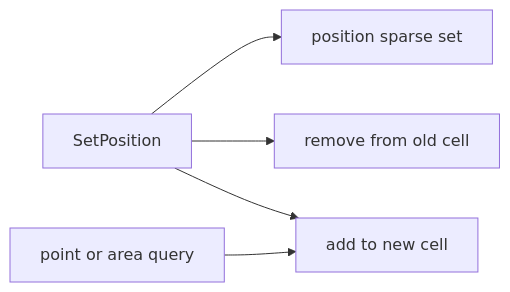
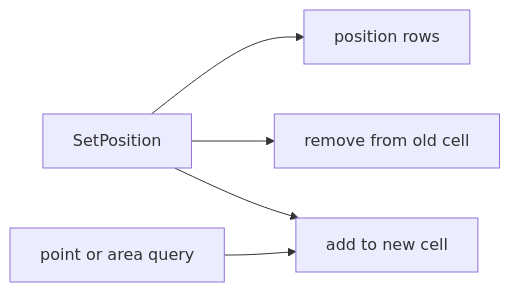
Before and after one commit to lixenwraith/vif: the second of 4 diagrams in doc/ecs-and-events.md, drawn with Mermaid. The commit also changed other lines of this file and 30 other files, not shown here.

First line of the commit message:
Position: the spatial index and its geometry move to pkg/position, the engine binds them

````diff
--- a/doc/ecs-and-events.md
+++ b/doc/ecs-and-events.md
@@ -123,7 +126,7 @@
 ```mermaid
 flowchart LR
-    Move["SetPosition"] --> Store["position sparse set"]
+    Move["SetPosition"] --> Store["position rows"]
     Move --> Old["remove from old cell"]
     Move --> New["add to new cell"]
     Query["point or area query"] --> New
 ```
````
